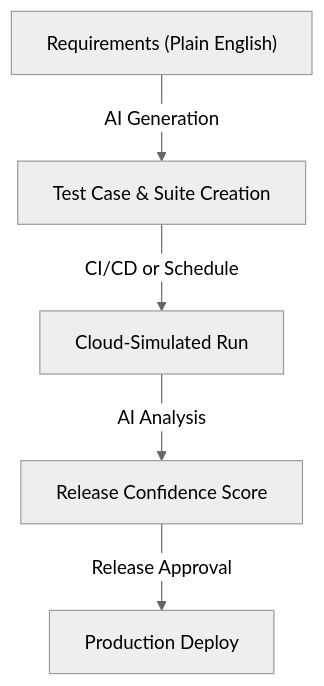
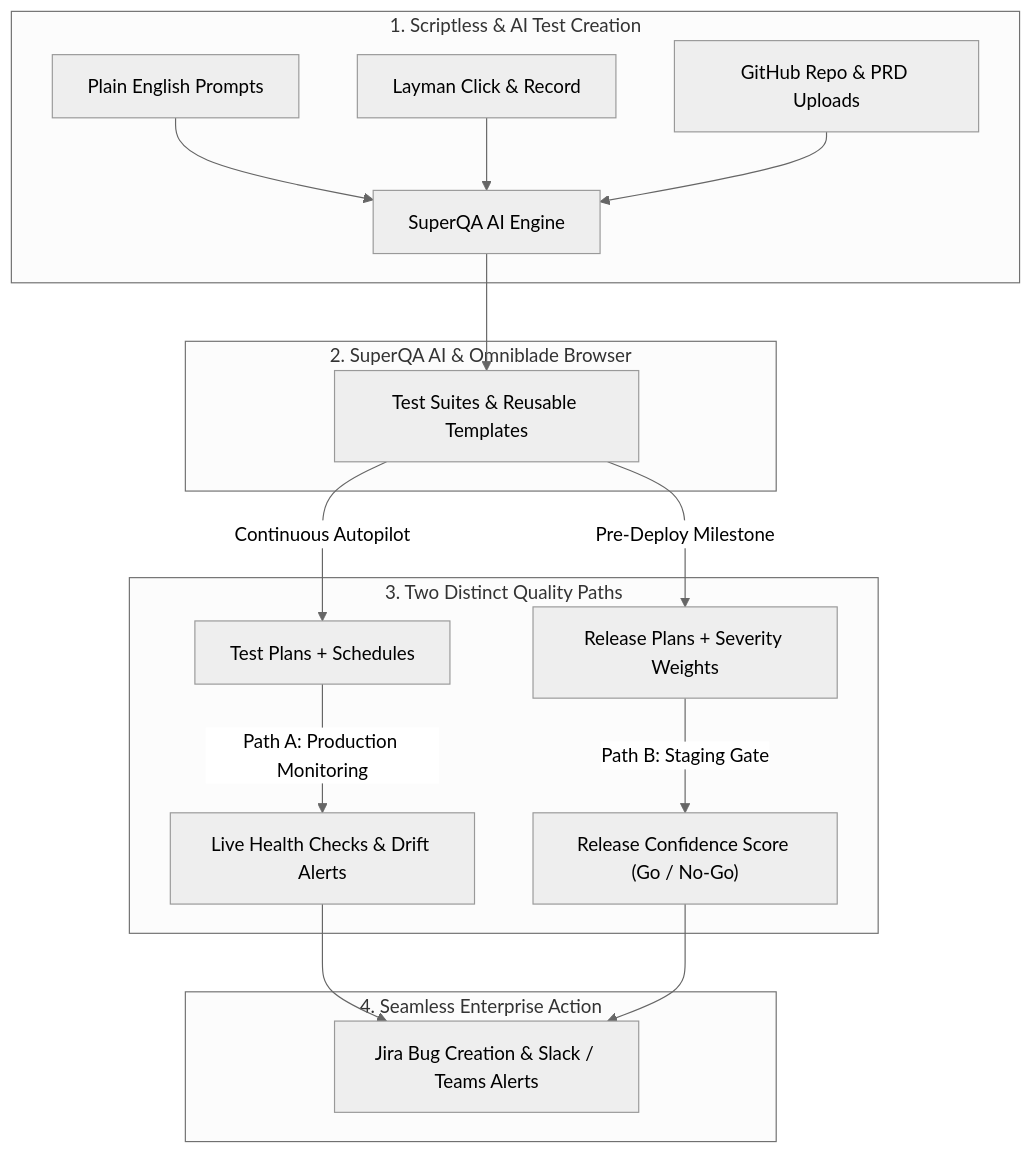
The diagram in docs/introduction.md (SuperQA-ai/developer-hub), drawn with Mermaid (neutral theme) before and after one commit. The commit also changed other lines of this file and 6 other files, not shown here.

Commit message:
docs: align documentation with SuperQA core USPs and production monitoring vs staging gates

````diff
--- a/docs/introduction.md
+++ b/docs/introduction.md
@@ -24,7 +29,25 @@
 ```mermaid
 graph TD
-    A["Requirements (Plain English)"] -->|AI Generation| B["Test Case & Suite Creation"]
-    B -->|CI/CD or Schedule| C["Cloud-Simulated Run"]
-    C -->|AI Analysis| D["Release Confidence Score"]
-    D -->|Release Approval| E["Production Deploy"]
+    subgraph INPUTS["1. Scriptless & AI Test Creation"]
+        A["Plain English Prompts"] --> AI
+        B["Layman Click & Record"] --> AI
+        C["GitHub Repo & PRD Uploads"] --> AI
+    end
+
+    subgraph ENGINE["2. SuperQA AI & Omniblade Browser"]
+        AI["SuperQA AI Engine"] --> TS["Test Suites & Reusable Templates"]
+    end
+
+    subgraph PATHS["3. Two Distinct Quality Paths"]
+        TS -->|Continuous Autopilot| TP["Test Plans + Schedules"]
+        TS -->|Pre-Deploy Milestone| RP["Release Plans + Severity Weights"]
+        
+        TP -->|"Path A: Production Monitoring"| PM["Live Health Checks & Drift Alerts"]
+        RP -->|"Path B: Staging Gate"| RCS["Release Confidence Score (Go / No-Go)"]
+    end
+
+    subgraph OUTPUTS["4. Seamless Enterprise Action"]
+        PM --> OUT["Jira Bug Creation & Slack / Teams Alerts"]
+        RCS --> OUT
+    end
 ```
````
